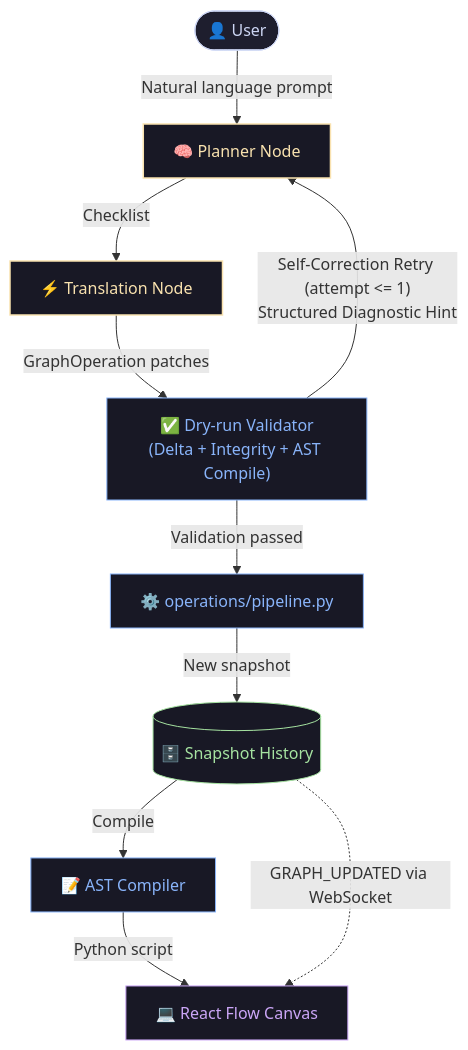
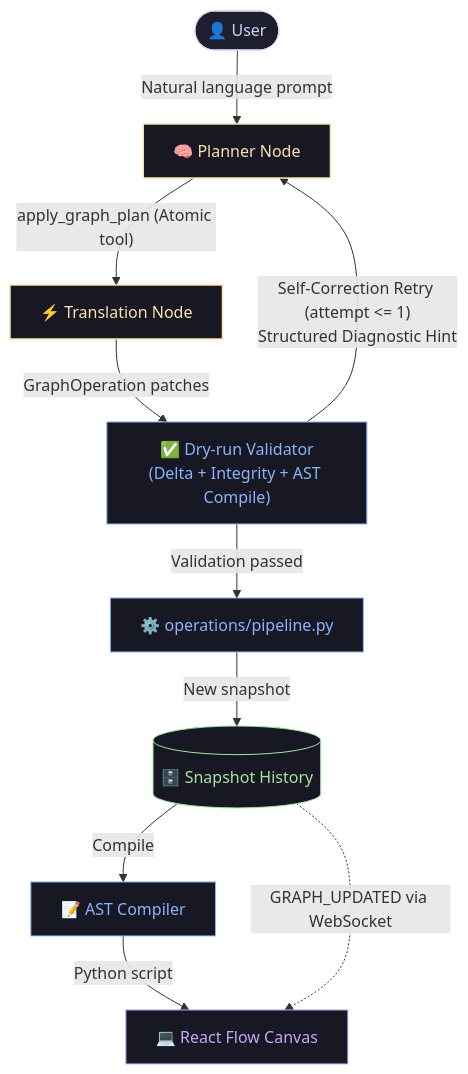
Before and after one commit to kszucher/graphboard: the diagram in README.md, drawn with Mermaid. The commit also changed other lines of this file and 4 other files, not shown here.

````diff
--- a/README.md
+++ b/README.md
@@ -101,25 +101,25 @@
 ```mermaid
 graph TD
     %% Styling Classes
     classDef default fill:#1e1e2e,stroke:#cdd6f4,stroke-width:1px,color:#cdd6f4;
     classDef ui fill:#181825,stroke:#cba6f7,stroke-width:1px,color:#cba6f7;
     classDef copilot fill:#181825,stroke:#f9e2af,stroke-width:1.5px,color:#f9e2af;
     classDef backend fill:#181825,stroke:#89b4fa,stroke-width:1px,color:#89b4fa;
     classDef store fill:#181825,stroke:#a6e3a1,stroke-width:1px,color:#a6e3a1;
 
     User([👤 User]) -->|"Natural language prompt"| Planner["🧠 Planner Node"]
-    Planner -->|"Checklist"| Translator["⚡ Translation Node"]
+    Planner -->|"apply_graph_plan (Atomic tool)"| Translator["⚡ Translation Node"]
     Translator -->|"GraphOperation patches"| Validator["✅ Dry-run Validator<br/>(Delta + Integrity + AST Compile)"]
     Validator -->|"Self-Correction Retry (attempt <= 1)<br/>Structured Diagnostic Hint"| Planner
     Validator -->|"Validation passed"| Operations["⚙️ operations/pipeline.py"]
     Operations -->|"New snapshot"| History[("🗄️ Snapshot History")]
     History -->|"Compile"| Compiler["📝 AST Compiler"]
     Compiler -->|"Python script"| Canvas["💻 React Flow Canvas"]
     History -.->|"GRAPH_UPDATED via WebSocket"| Canvas
 
     class Planner,Translator copilot;
     class Validator,Operations,Compiler backend;
     class History store;
     class Canvas ui;
     class User default;
 ```
````
